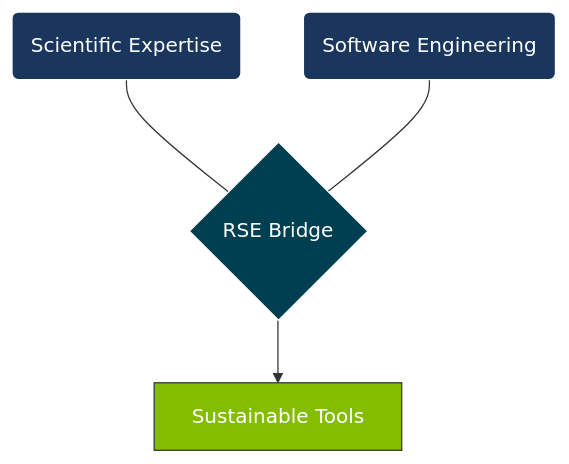
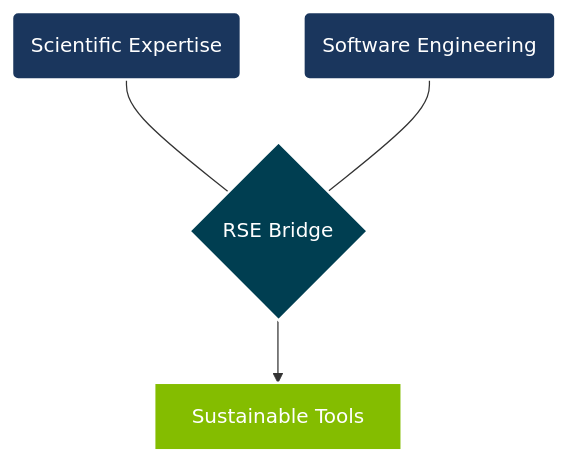
Before and after one commit to ma595/spineval-agu: the diagram in _intro.qmd, drawn with Mermaid. The commit also changed other lines of this file and 1 other file, not shown here.

Commit message:
improve fig

````diff
--- a/_intro.qmd
+++ b/_intro.qmd
@@ -246,13 +269,17 @@
 ```{mermaid}
 %%| fig-align: center
 %%| fig-width: 4
 graph TD
     A(Scientific Expertise) --- C{RSE Bridge}
     B(Software Engineering) --- C
     C --> D[Sustainable Tools]
 
-    style A fill:#1a365d,color:#fff,stroke:#fff
-    style B fill:#1a365d,color:#fff,stroke:#fff
-    style C fill:#003E51,color:#fff,stroke:#fff
-    style D fill:#84BD00,color:#fff,stroke:#333
+  %% Applying explicit styles to prevent theme clashing
+    classDef default fill:#1a365d,stroke:#fff,stroke-width:2px,color:#fff;
+    classDef highlight fill:#84BD00,stroke:#fff,stroke-width:2px,color:#fff;
+    classDef bridge fill:#003E51,stroke:#fff,stroke-width:2px,color:#fff;
+
+    class A,B default;
+    class C bridge;
+    class D highlight;
 ```
````
